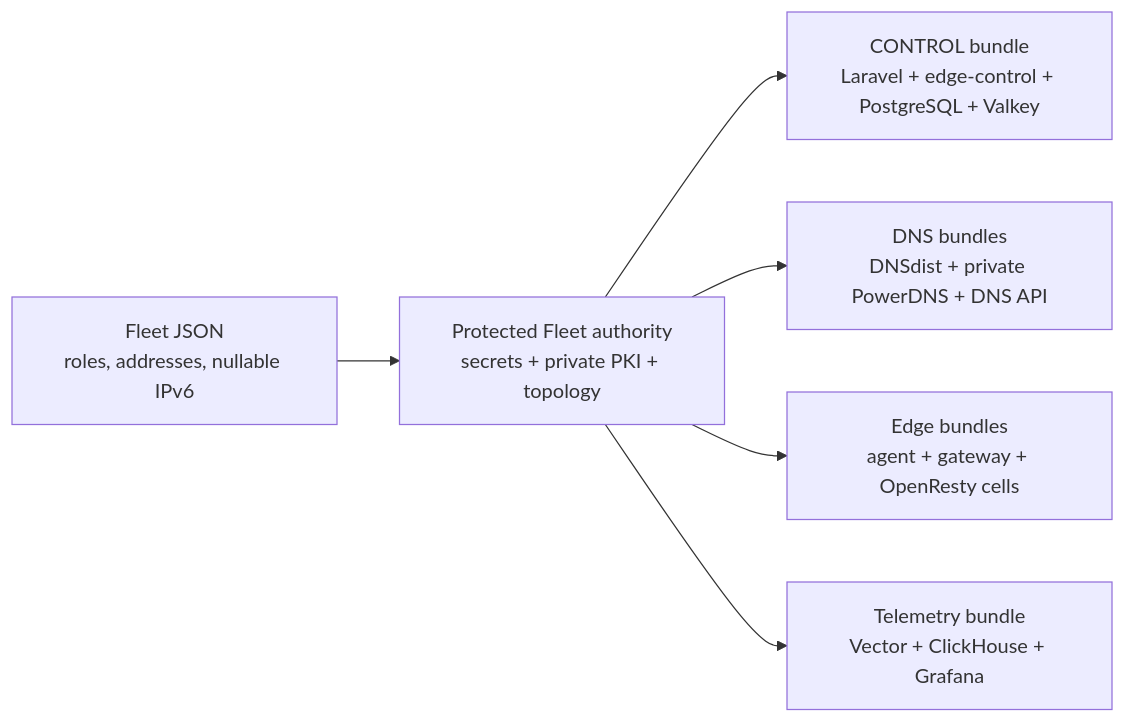
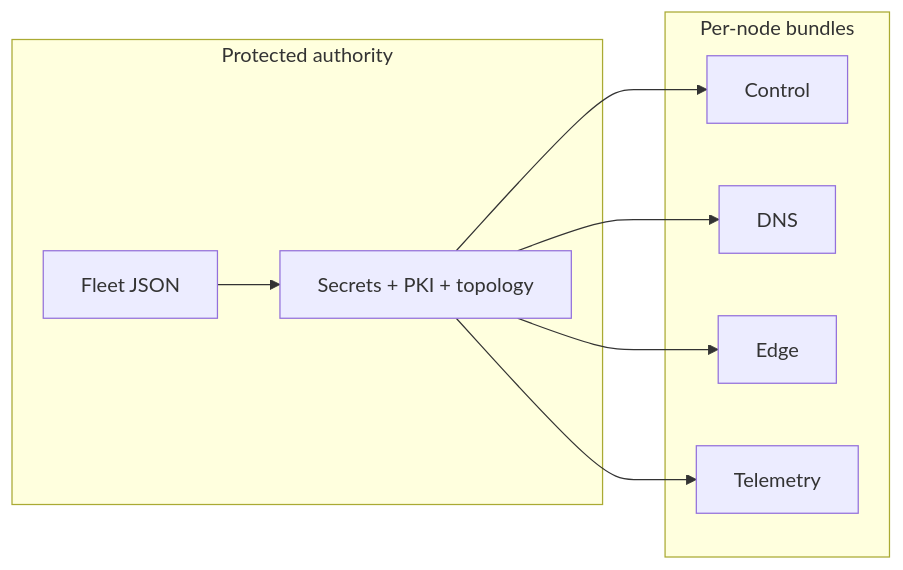
One commit to vaheed/CDNFoundry changed the diagram in docs/deployment/production-fleet-config-reference.md. Above: the diagram before and after it, drawn with Mermaid. The commit also changed 24 other files, not shown here.

````diff
--- a/docs/deployment/production-fleet-config-reference.md
+++ b/docs/deployment/production-fleet-config-reference.md
@@ -8,8 +8,12 @@
 ```mermaid
 flowchart LR
-  JSON["Fleet JSON<br/>roles, addresses, nullable IPv6"] --> STATE["Protected Fleet authority<br/>secrets + private PKI + topology"]
-  STATE --> C["CONTROL bundle<br/>Laravel + edge-control + PostgreSQL + Valkey"]
-  STATE --> D["DNS bundles<br/>DNSdist + private PowerDNS + DNS API"]
-  STATE --> E["Edge bundles<br/>agent + gateway + OpenResty cells"]
-  STATE --> M["Telemetry bundle<br/>Vector + ClickHouse + Grafana"]
+  subgraph Authority["Protected authority"]
+    JSON["Fleet JSON"] --> STATE["Secrets + PKI + topology"]
+  end
+  subgraph Bundles["Per-node bundles"]
+    STATE --> C["Control"]
+    STATE --> D["DNS"]
+    STATE --> E["Edge"]
+    STATE --> M["Telemetry"]
+  end
 ```
````
